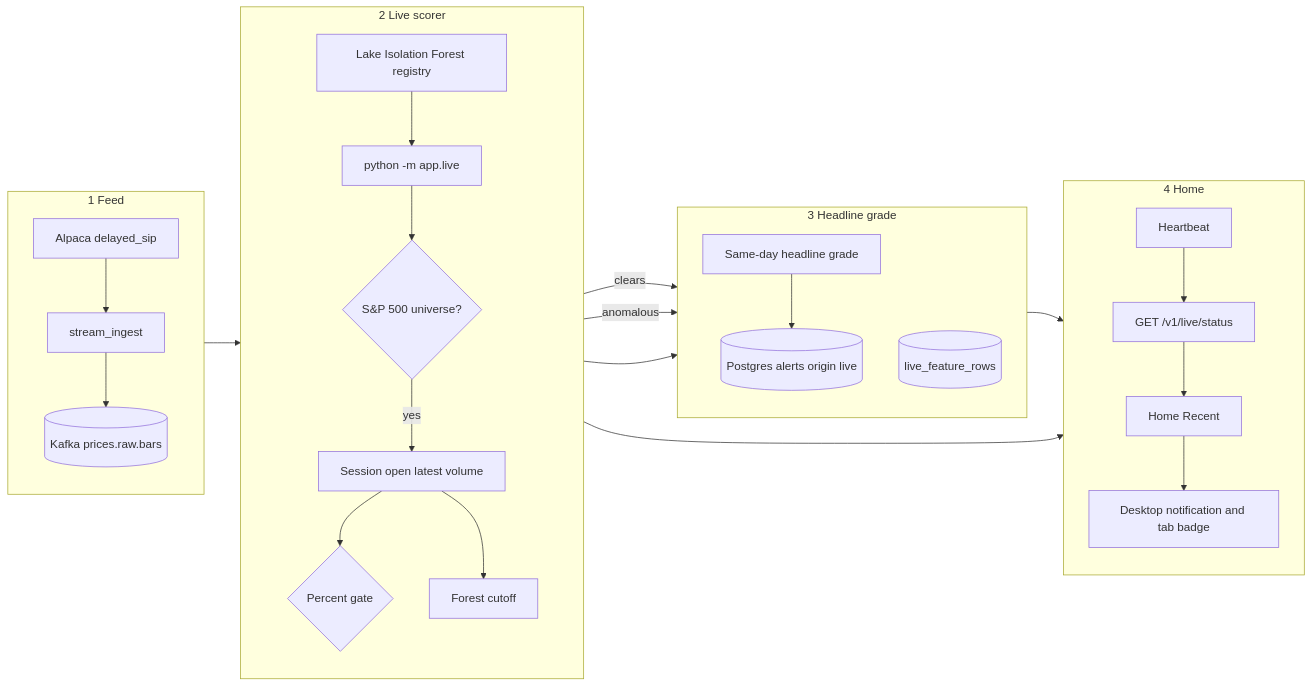
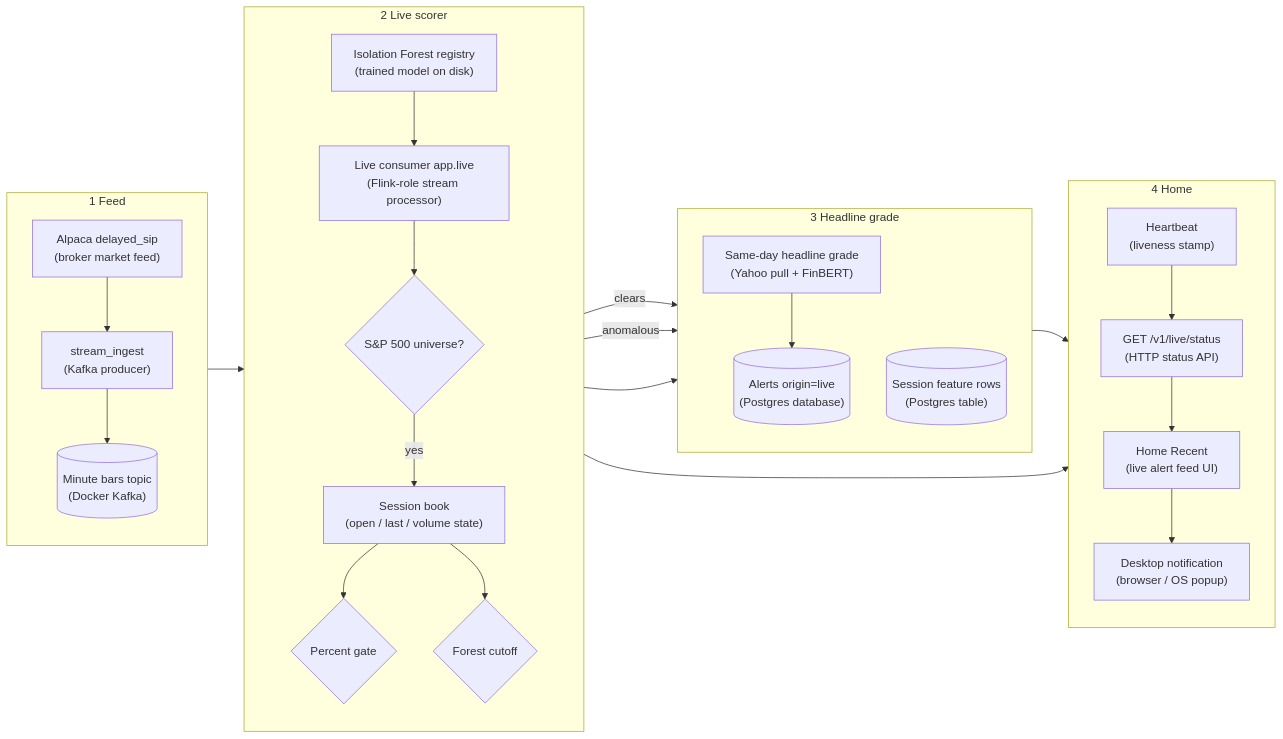
One commit to sameerde4/ticker-alert-system changed the third of 10 diagrams in docs/architecture.md. Above: the diagram before and after it, drawn with Mermaid. The commit also changed other lines of this file and 1 other file, not shown here.

First line of the commit message:
Clarify architecture diagram boxes with job plus technical role.

````diff
--- a/docs/architecture.md
+++ b/docs/architecture.md
@@ -243,35 +243,35 @@
 ```mermaid
 flowchart LR
     subgraph feed [1 Feed]
         direction TB
-        ALP[Alpaca delayed_sip] --> PROD[stream_ingest]
-        PROD --> TOPIC[(Kafka prices.raw.bars)]
+        ALP["Alpaca delayed_sip<br/>(broker market feed)"] --> PROD["stream_ingest<br/>(Kafka producer)"]
+        PROD --> TOPIC[("Minute bars topic<br/>(Docker Kafka)")]
     end
 
     subgraph score [2 Live scorer]
         direction TB
-        TOPIC --> LIVE[python -m app.live]
+        TOPIC --> LIVE["Live consumer app.live<br/>(Flink-role stream processor)"]
         LIVE --> UNI{S&P 500 universe?}
-        REG[Lake Isolation Forest registry] --> LIVE
-        UNI -->|yes| BOOK[Session open latest volume]
+        REG["Isolation Forest registry<br/>(trained model on disk)"] --> LIVE
+        UNI -->|yes| BOOK["Session book<br/>(open / last / volume state)"]
         BOOK --> RULE2{Percent gate}
-        BOOK --> FOREST[Forest cutoff]
+        BOOK --> FOREST{Forest cutoff}
     end
 
     subgraph join [3 Headline grade]
         direction TB
-        RULE2 -->|clears| NEWSU[Same-day headline grade]
+        RULE2 -->|clears| NEWSU["Same-day headline grade<br/>(Yahoo pull + FinBERT)"]
         FOREST -->|anomalous| NEWSU
-        NEWSU --> PG[(Postgres alerts origin live)]
-        FOREST --> FEAT[(live_feature_rows)]
+        NEWSU --> PG[("Alerts origin=live<br/>(Postgres database)")]
+        FOREST --> FEAT[("Session feature rows<br/>(Postgres table)")]
     end
 
     subgraph ui [4 Home]
         direction TB
-        LIVE --> BEAT[Heartbeat]
-        BEAT --> API[GET /v1/live/status]
-        PG --> UI2[Home Recent]
+        LIVE --> BEAT["Heartbeat<br/>(liveness stamp)"]
+        BEAT --> API["GET /v1/live/status<br/>(HTTP status API)"]
+        PG --> UI2["Home Recent<br/>(live alert feed UI)"]
         API --> UI2
-        UI2 --> NOTE2[Desktop notification and tab badge]
+        UI2 --> NOTE2["Desktop notification<br/>(browser / OS popup)"]
     end
 ```
````
